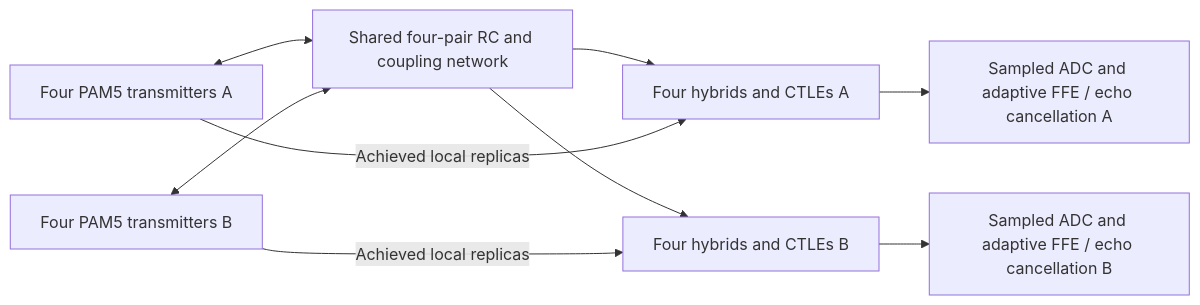
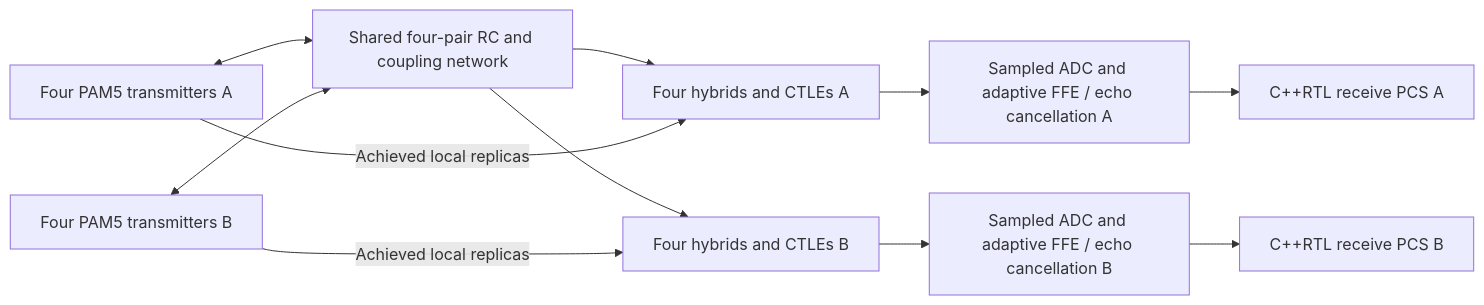
One commit to mirekez/cpphdl changed the diagram in analog/1G/README.md. Above: the diagram before and after it, drawn with Mermaid. The commit also changed other lines of this file and 544 other files, not shown here.

Commit message:
Update analog models, physical flows, and child clock/reset bindings

````diff
--- a/analog/1G/README.md
+++ b/analog/1G/README.md
@@ -15,11 +15,13 @@
 ```mermaid
 flowchart LR
     A[Four PAM5 transmitters A] <--> C[Shared four-pair RC and coupling network]
     B[Four PAM5 transmitters B] <--> C
     C --> RA[Four hybrids and CTLEs A]
     C --> RB[Four hybrids and CTLEs B]
     A -->|Achieved local replicas| RA
     B -->|Achieved local replicas| RB
     RA --> DA[Sampled ADC and adaptive FFE / echo cancellation A]
     RB --> DB[Sampled ADC and adaptive FFE / echo cancellation B]
+    DA --> PA[C++RTL receive PCS A]
+    DB --> PB[C++RTL receive PCS B]
 ```
````
